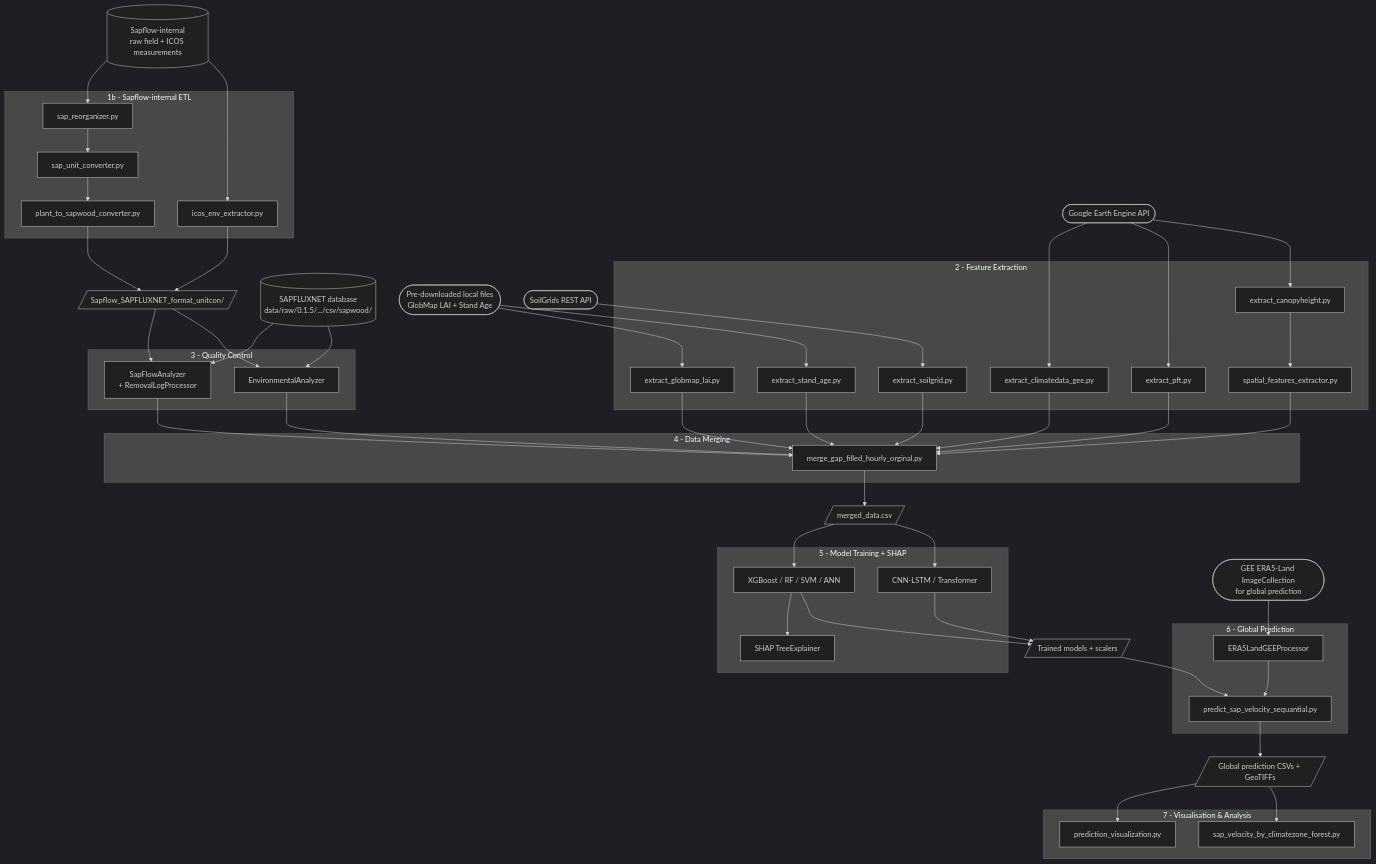
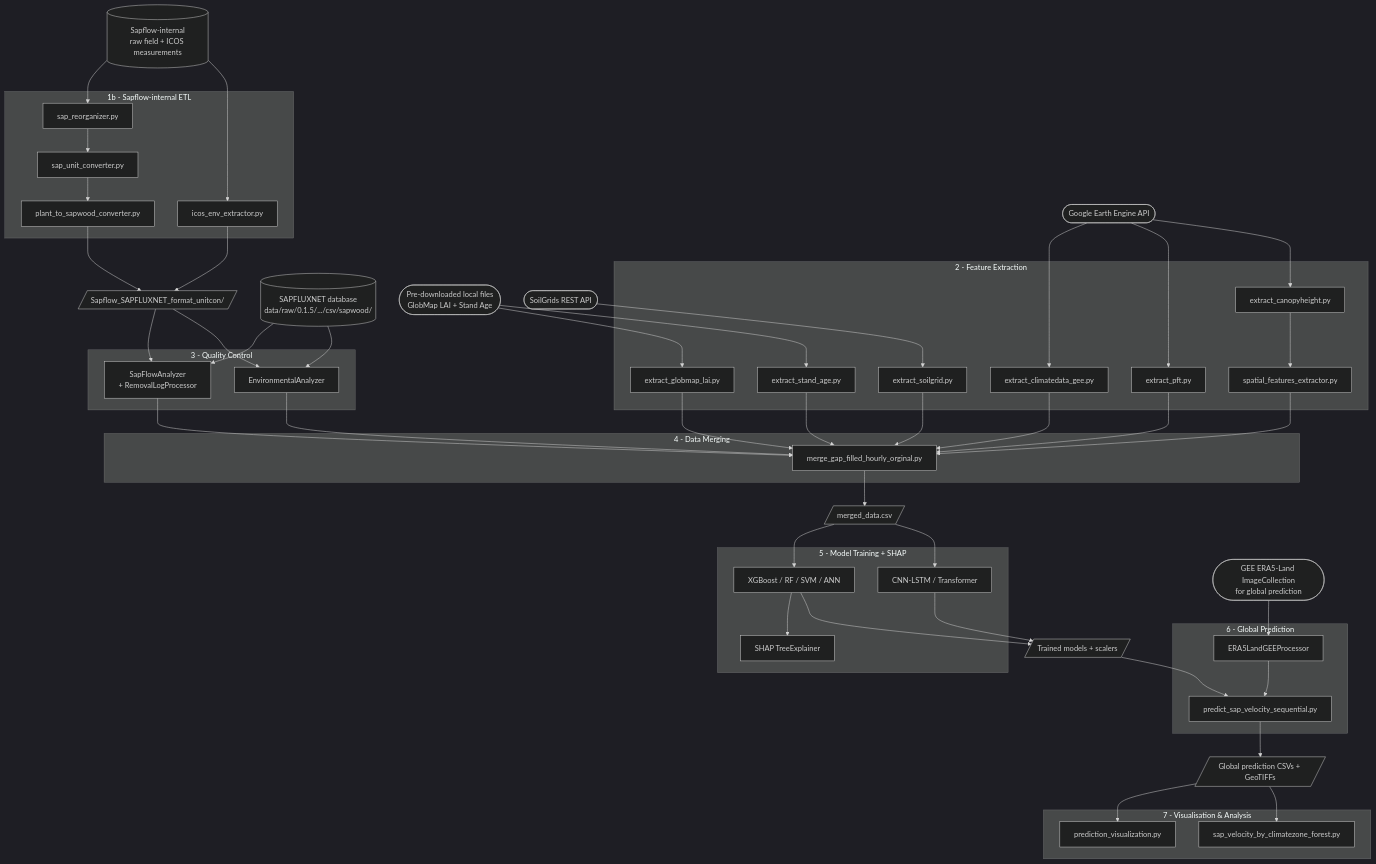
Before and after one commit to ERICLuoYuu/Global_Sap_Velocity: the diagram in docs/technical_documentation.md, drawn with Mermaid (dark theme). The commit also changed other lines of this file and 5 other files, not shown here.

````diff
--- a/docs/technical_documentation.md
+++ b/docs/technical_documentation.md
@@ -975,74 +975,74 @@
 ```mermaid
 flowchart TD
     SAPF_DB[("SAPFLUXNET database<br/>data/raw/0.1.5/.../csv/sapwood/")]
     SI_RAW[("Sapflow-internal<br/>raw field + ICOS measurements")]
     GEE_API(["Google Earth Engine API"])
     LOCAL_PRE(["Pre-downloaded local files<br/>GlobMap LAI + Stand Age"])
     REST_API(["SoilGrids REST API"])
     ERA5_GRID(["GEE ERA5-Land ImageCollection<br/>for global prediction"])
 
     subgraph SI_STREAM ["1b - Sapflow-internal ETL"]
         SI_REORG["sap_reorganizer.py"] --> SI_UNIT["sap_unit_converter.py"] --> SI_P2S["plant_to_sapwood_converter.py"]
         SI_ICOS["icos_env_extractor.py"]
     end
     SI_RAW --> SI_REORG
     SI_RAW --> SI_ICOS
     SI_FMT[/"Sapflow_SAPFLUXNET_format_unitcon/"/]
     SI_P2S --> SI_FMT
     SI_ICOS --> SI_FMT
 
     subgraph EXTRACT ["2 - Feature Extraction"]
         EXT_ERA5["extract_climatedata_gee.py"]
         EXT_LAI["extract_globmap_lai.py"]
         EXT_PFT["extract_pft.py"]
         EXT_CAN["extract_canopyheight.py"]
         EXT_WC["spatial_features_extractor.py"]
         EXT_SOIL["extract_soilgrid.py"]
         EXT_AGE["extract_stand_age.py"]
     end
     GEE_API --> EXT_ERA5 & EXT_PFT & EXT_CAN
     LOCAL_PRE --> EXT_LAI & EXT_AGE
     REST_API --> EXT_SOIL
     EXT_CAN --> EXT_WC
 
     subgraph QC ["3 - Quality Control"]
         SAP_ANA["SapFlowAnalyzer<br/>+ RemovalLogProcessor"]
         ENV_ANA["EnvironmentalAnalyzer"]
     end
     SAPF_DB --> SAP_ANA & ENV_ANA
     SI_FMT --> SAP_ANA & ENV_ANA
 
     subgraph MERGE ["4 - Data Merging"]
         MERGE_SCR["merge_gap_filled_hourly_orginal.py"]
     end
     SAP_ANA --> MERGE_SCR
     ENV_ANA --> MERGE_SCR
     EXT_ERA5 & EXT_LAI & EXT_PFT & EXT_WC & EXT_SOIL & EXT_AGE --> MERGE_SCR
     MERGED[/"merged_data.csv"/]
     MERGE_SCR --> MERGED
 
     subgraph TRAIN ["5 - Model Training + SHAP"]
         ML["XGBoost / RF / SVM / ANN"]
         DL["CNN-LSTM / Transformer"]
         SHAP_SCR["SHAP TreeExplainer"]
     end
     MERGED --> ML & DL
     ML --> SHAP_SCR
     MODELS[/"Trained models + scalers"/]
     ML & DL --> MODELS
 
     subgraph PREDICT ["6 - Global Prediction"]
         ERA5_PROC["ERA5LandGEEProcessor"]
-        PRED_SCR["predict_sap_velocity_sequantial.py"]
+        PRED_SCR["predict_sap_velocity_sequential.py"]
     end
     ERA5_GRID --> ERA5_PROC --> PRED_SCR
     MODELS --> PRED_SCR
     PRED_CSV[/"Global prediction CSVs + GeoTIFFs"/]
     PRED_SCR --> PRED_CSV
 
     subgraph VIS ["7 - Visualisation & Analysis"]
         VIS1["prediction_visualization.py"]
         VIS2["sap_velocity_by_climatezone_forest.py"]
     end
     PRED_CSV --> VIS1 & VIS2
 ```
````
